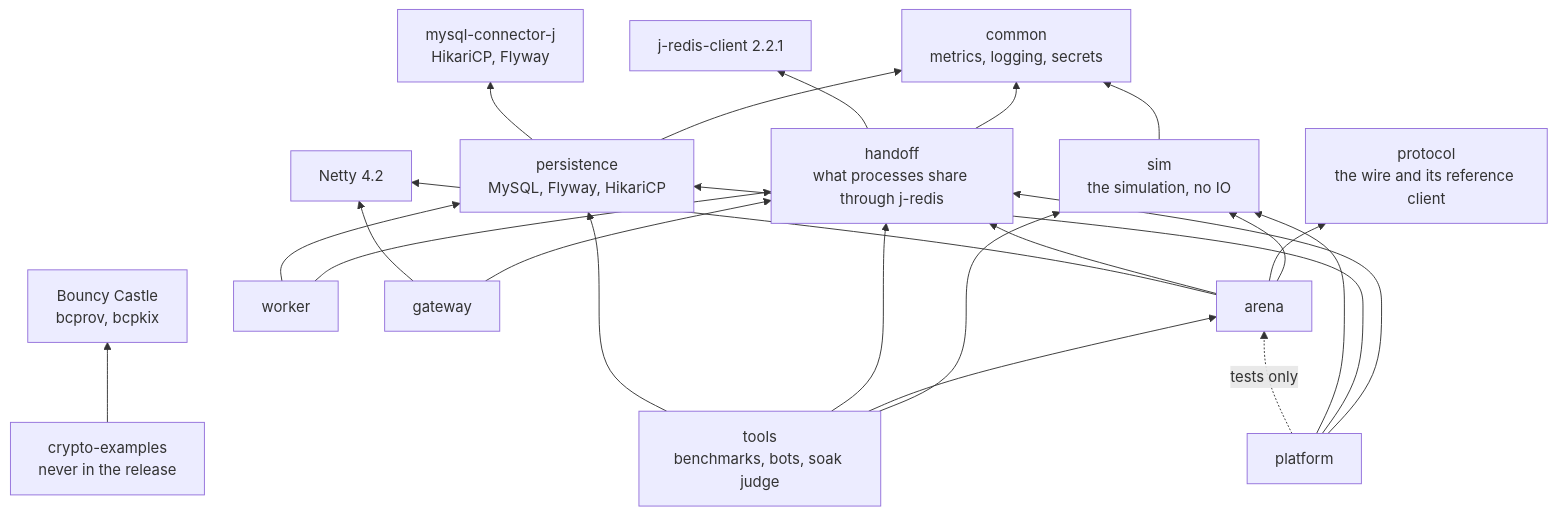
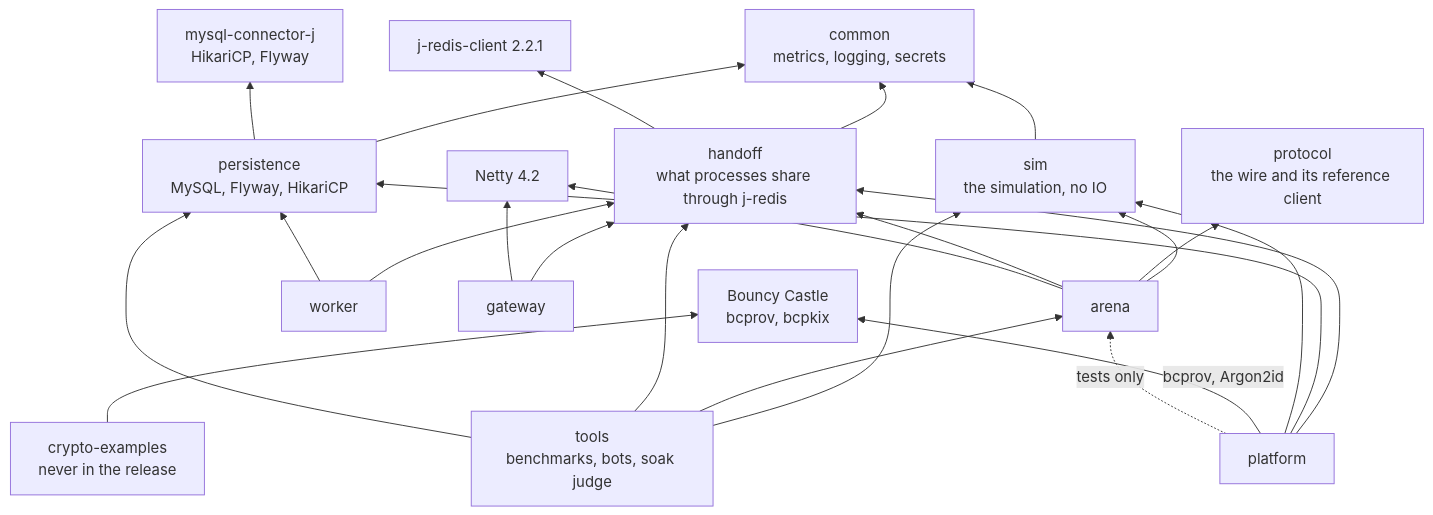
One commit to greensoft-atom/depio-simulation-platform changed the third of 6 diagrams in docs/diagrams/01-system.md. Above: the diagram before and after it, drawn with Mermaid. The commit also changed other lines of this file and 121 other files, not shown here.

````diff
--- a/docs/diagrams/01-system.md
+++ b/docs/diagrams/01-system.md
@@ -93,40 +117,41 @@
 ```mermaid
 flowchart BT
     common["common<br/>metrics, logging, secrets"]
     protocol["protocol<br/>the wire and its reference client"]
     sim["sim<br/>the simulation, no IO"]
     handoff["handoff<br/>what processes share through j-redis"]
     persistence["persistence<br/>MySQL, Flyway, HikariCP"]
     arena["arena"]
     platform["platform"]
     worker["worker"]
     gateway["gateway"]
     tools["tools<br/>benchmarks, bots, soak judge"]
     cx["crypto-examples<br/>never in the release"]
     jredis["j-redis-client 2.2.1"]
     netty["Netty 4.2"]
     mysqllibs["mysql-connector-j<br/>HikariCP, Flyway"]
     bc["Bouncy Castle<br/>bcprov, bcpkix"]
     sim --> common
     handoff --> common
     handoff --> jredis
     persistence --> common
     persistence --> mysqllibs
     arena --> sim
     arena --> protocol
     arena --> handoff
     arena --> netty
     gateway --> handoff
     gateway --> netty
     platform --> handoff
     platform --> persistence
     platform --> sim
+    platform -->|"bcprov, Argon2id"| bc
     platform -.->|"tests only"| arena
     worker --> handoff
     worker --> persistence
     tools --> sim
     tools --> arena
     tools --> handoff
     tools --> persistence
     cx --> bc
 ```
````
